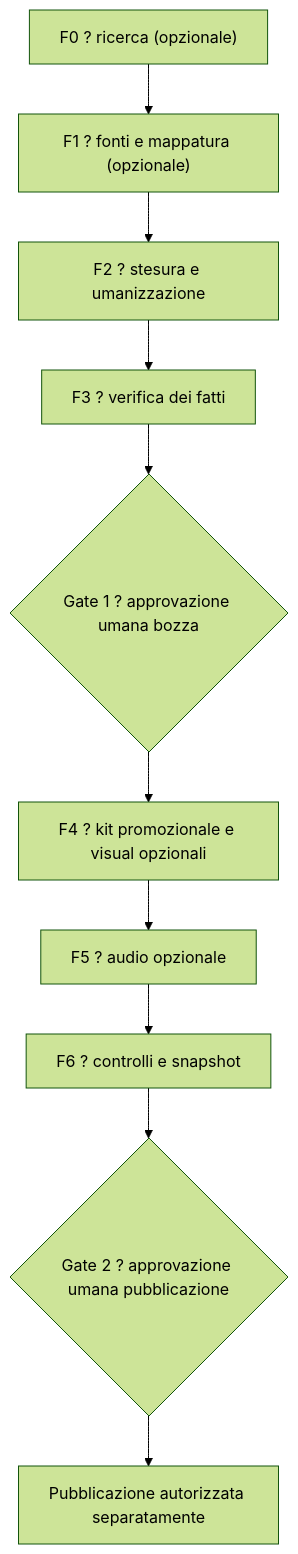
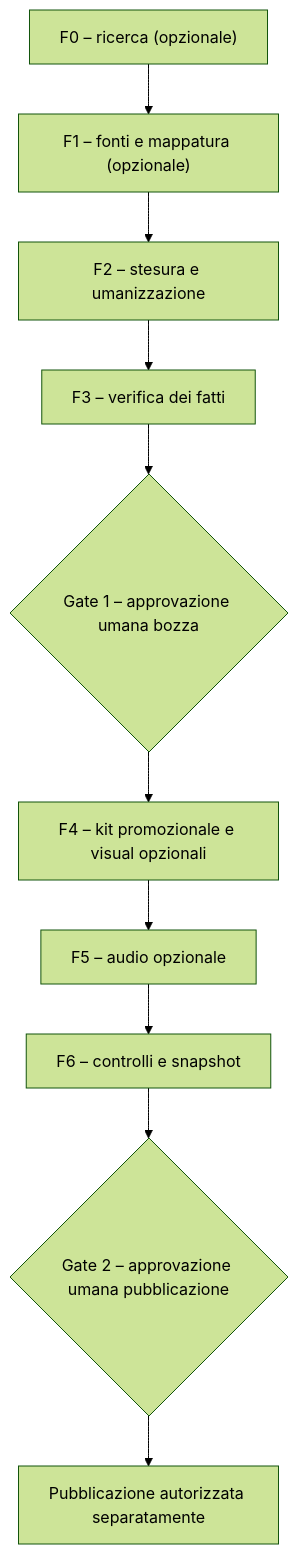
The diagram in docs/architecture.md (acarducci65-svg/editorial_pipeline_public), drawn with Mermaid (forest theme) before and after one commit. The commit also changed other lines of this file and 12 other files, not shown here.

````diff
--- a/docs/architecture.md
+++ b/docs/architecture.md
@@ -5,12 +5,12 @@
 ```mermaid
 flowchart TD
- F1["F1 ? fonti e mappatura (opzionale)"] --> F2["F2 ? stesura e umanizzazione"]
- F0["F0 ? ricerca (opzionale)"] --> F1
- F2 --> F3["F3 ? verifica dei fatti"]
- F3 --> G1{"Gate 1 ? approvazione umana bozza"}
- G1 --> F4["F4 ? kit promozionale e visual opzionali"]
- F4 --> F5["F5 ? audio opzionale"]
- F5 --> F6["F6 ? controlli e snapshot"]
- F6 --> G2{"Gate 2 ? approvazione umana pubblicazione"}
+ F1["F1 – fonti e mappatura (opzionale)"] --> F2["F2 – stesura e umanizzazione"]
+ F0["F0 – ricerca (opzionale)"] --> F1
+ F2 --> F3["F3 – verifica dei fatti"]
+ F3 --> G1{"Gate 1 – approvazione umana bozza"}
+ G1 --> F4["F4 – kit promozionale e visual opzionali"]
+ F4 --> F5["F5 – audio opzionale"]
+ F5 --> F6["F6 – controlli e snapshot"]
+ F6 --> G2{"Gate 2 – approvazione umana pubblicazione"}
  G2 --> P["Pubblicazione autorizzata separatamente"]
 ```
````
